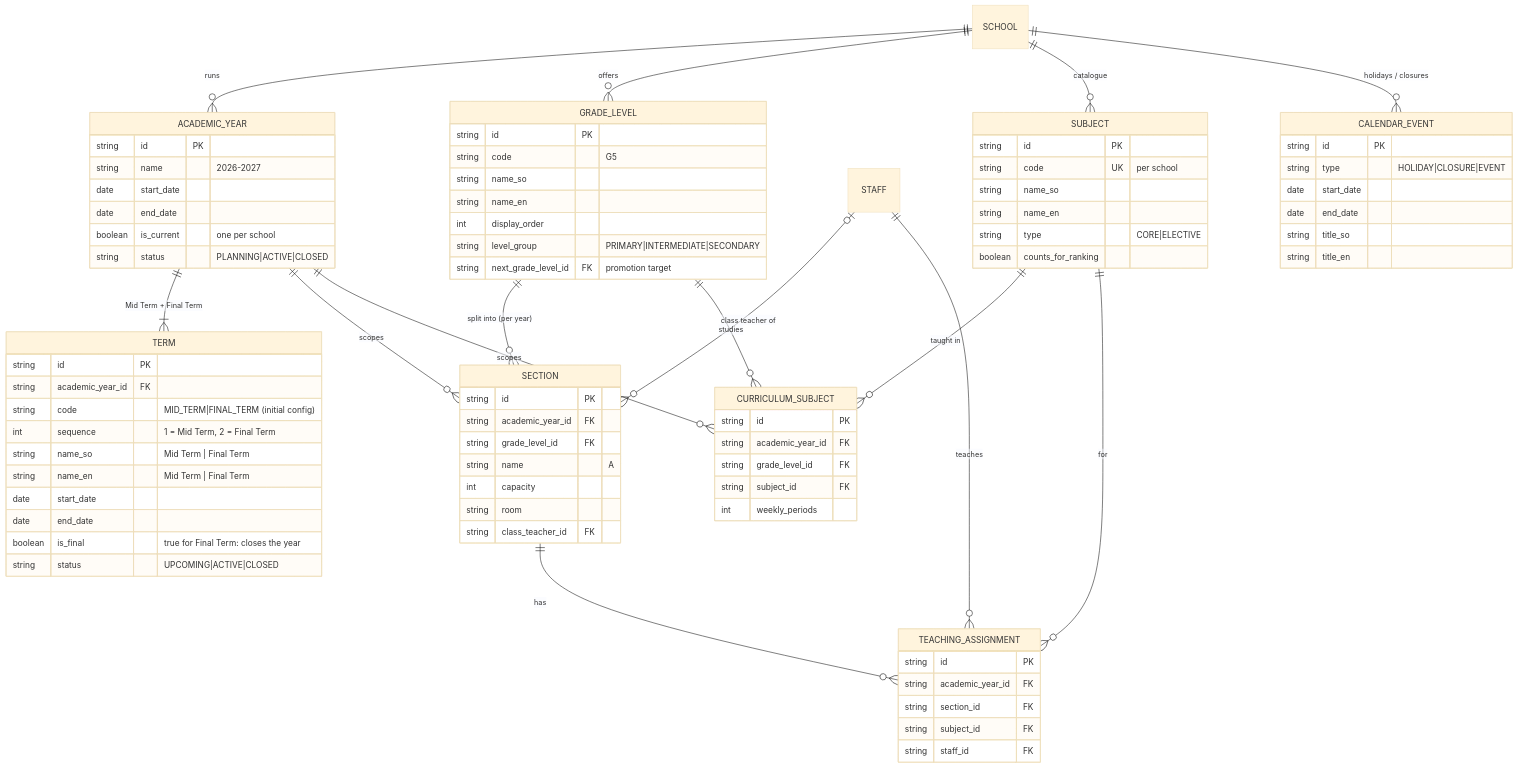
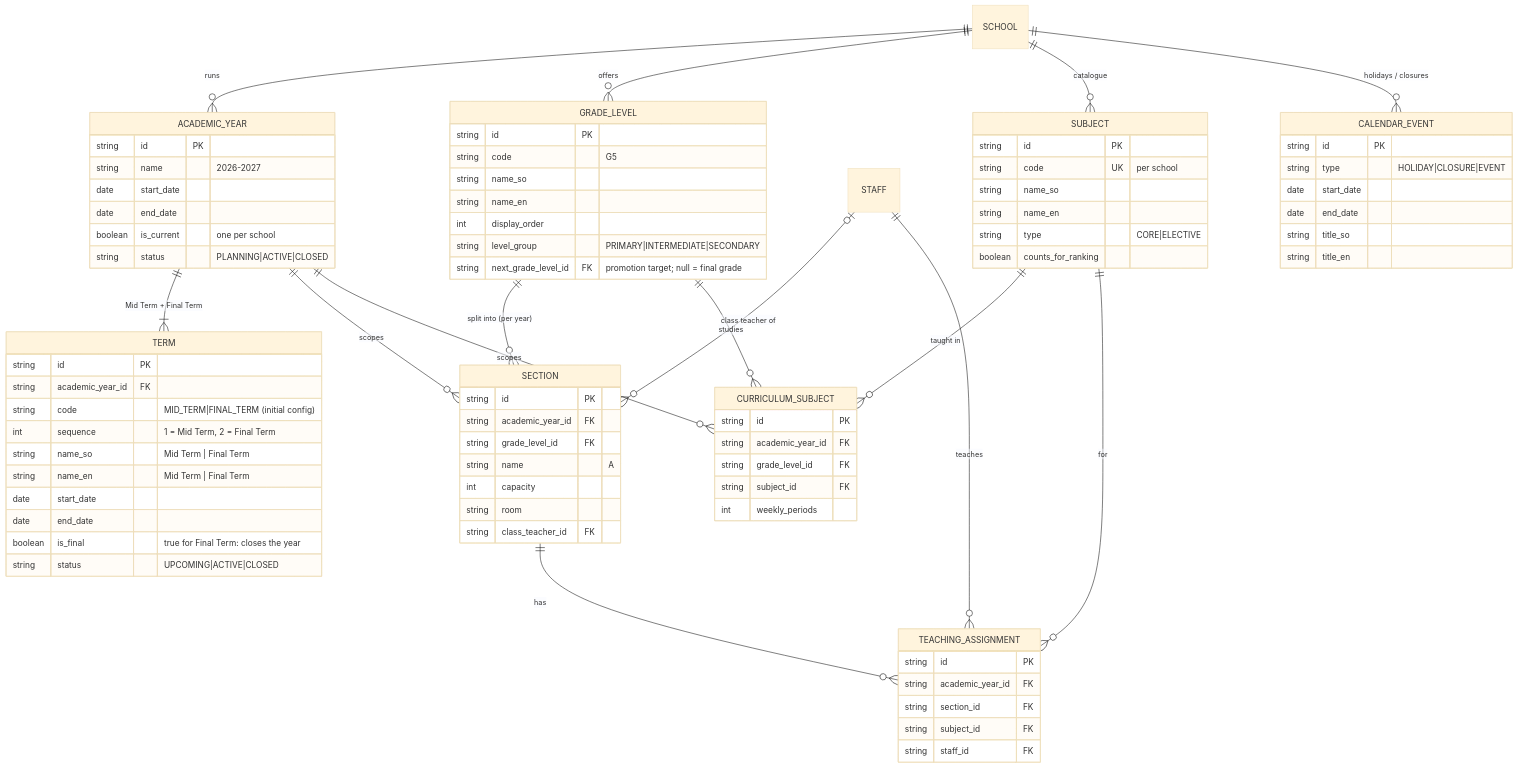
The third of 10 diagrams in docs/phase-1/03-database-erd.md (ismacil87/Gol-khatumo), drawn with Mermaid (base theme) before and after one commit. The commit also changed other lines of this file and 7 other files, not shown here.

```diff
--- a/docs/phase-1/03-database-erd.md
+++ b/docs/phase-1/03-database-erd.md
@@ -177,7 +177,7 @@
     string name_en
     int display_order
     string level_group "PRIMARY|INTERMEDIATE|SECONDARY"
-    string next_grade_level_id FK "promotion target"
+    string next_grade_level_id FK "promotion target; null = final grade"
   }
   SECTION {
     string id PK
```
